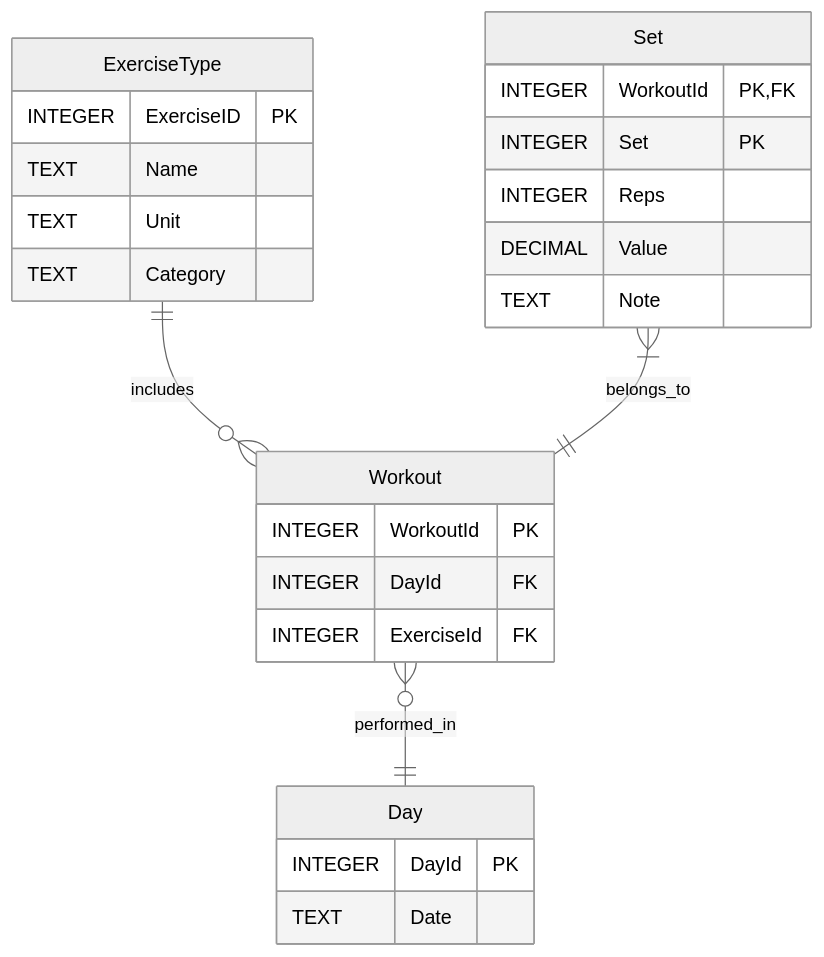
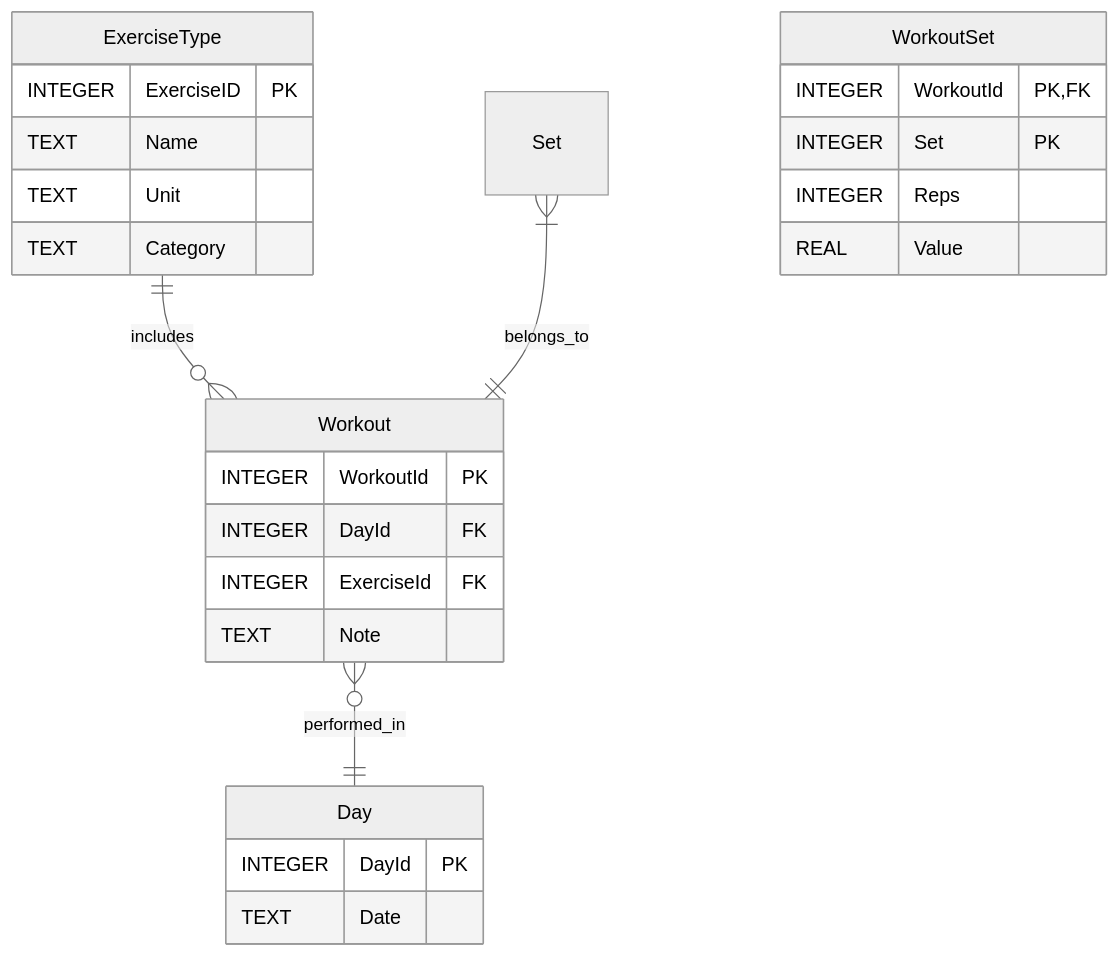
Before and after one commit to richardh05/Workout-Tracker: the diagram in README.md, drawn with Mermaid (neutral theme). The commit also changed 1 other file, not shown here.

Commit message:
db structure (probably) finalised

````diff
--- a/README.md
+++ b/README.md
@@ -4,28 +4,28 @@
 ```mermaid
 erDiagram
     ExerciseType ||--o{ Workout : includes
     Workout }o--|| Day : performed_in
     Set }|--|| Workout : belongs_to
     Day {
         INTEGER DayId PK
         TEXT Date
     }
     ExerciseType {
         INTEGER ExerciseID PK
         TEXT Name
         TEXT Unit
         TEXT Category 
     }
     Workout {
         INTEGER WorkoutId PK
         INTEGER DayId FK
         INTEGER ExerciseId FK
+        TEXT Note
     }
-    Set {
+    WorkoutSet {
         INTEGER WorkoutId PK,FK
         INTEGER Set PK
         INTEGER Reps 
-        DECIMAL Value
-        TEXT Note
+        REAL Value
     }
 ```
````
